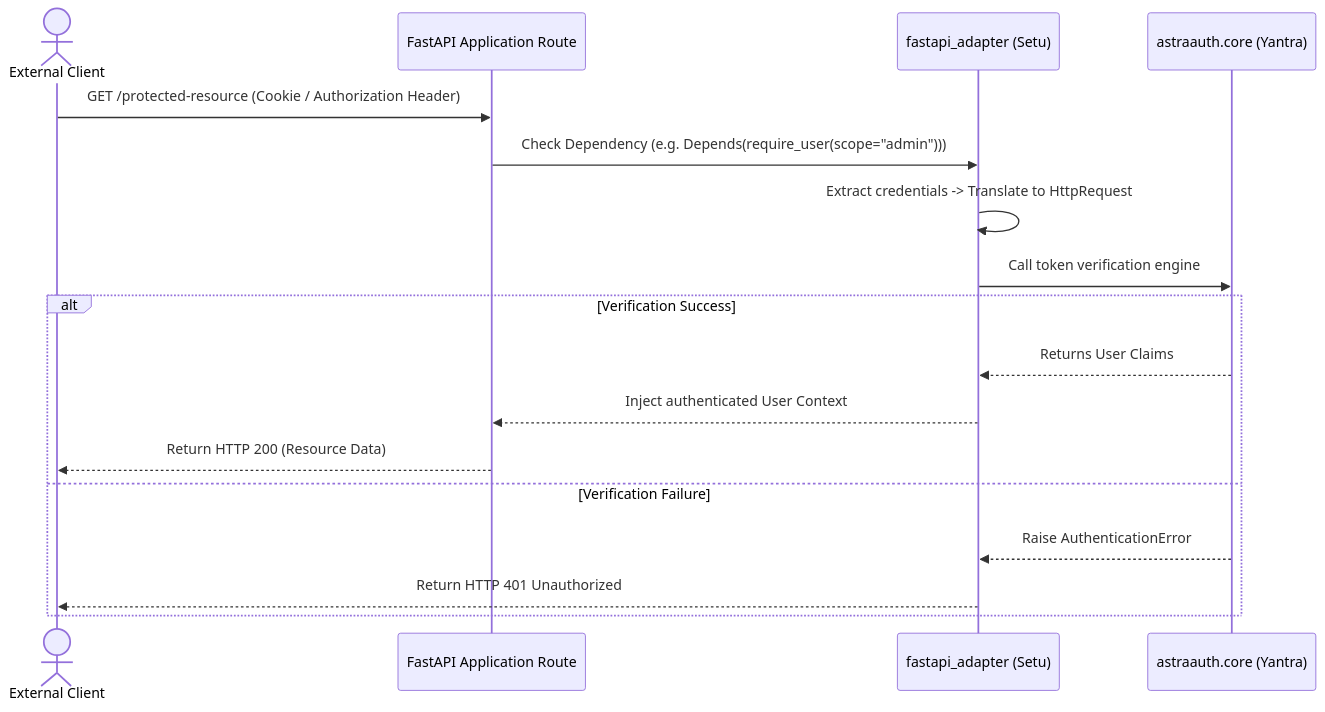
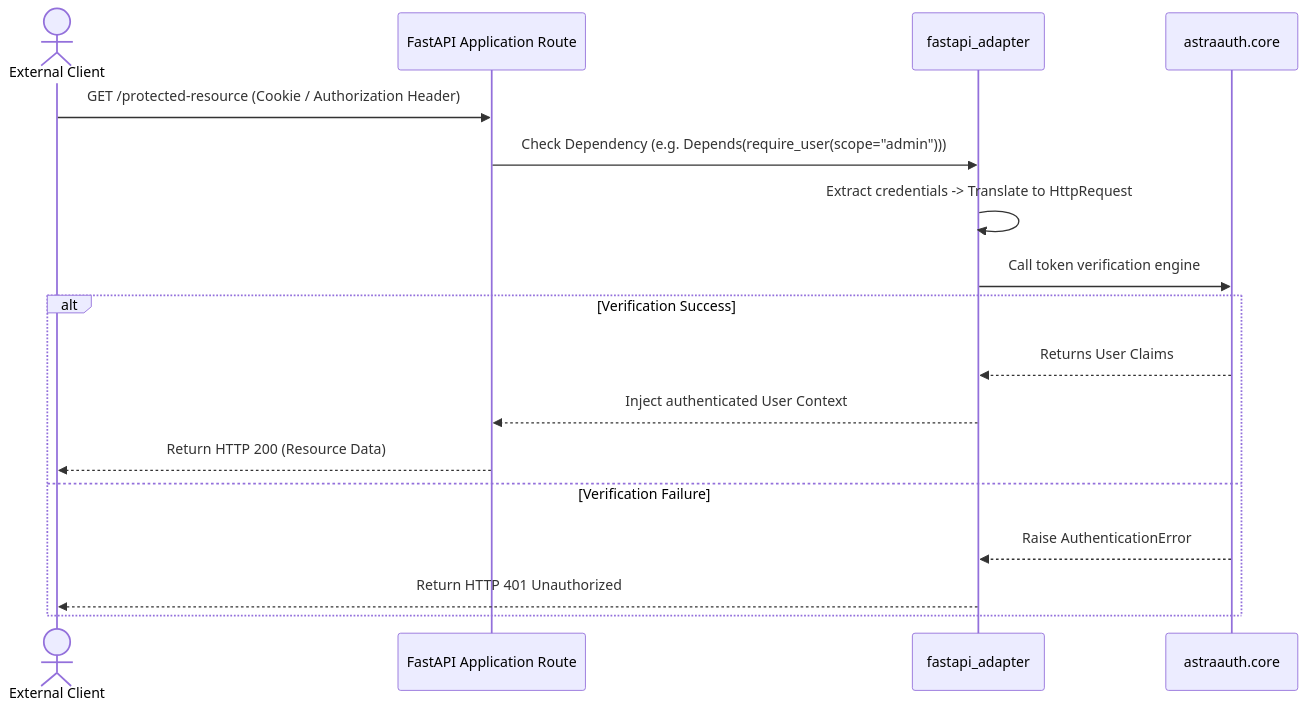
The sixth of 17 diagrams in docs/about/package_detailed_references.md (groverankur/Astra), drawn with Mermaid before and after one commit. The commit also changed other lines of this file and 59 other files, not shown here.

````diff
--- a/docs/about/package_detailed_references.md
+++ b/docs/about/package_detailed_references.md
@@ -127,21 +127,21 @@
 ```mermaid
 sequenceDiagram
     actor Client as External Client
     participant API as FastAPI Application Route
-    participant Adapter as fastapi_adapter (Setu)
-    participant Core as astraauth.core (Yantra)
+    participant Adapter as fastapi_adapter
+    participant Core as astraauth.core
 
     Client->>API: GET /protected-resource (Cookie / Authorization Header)
     API->>Adapter: Check Dependency (e.g. Depends(require_user(scope="admin")))
     Adapter->>Adapter: Extract credentials -> Translate to HttpRequest
     Adapter->>Core: Call token verification engine
     
     alt Verification Success
         Core-->>Adapter: Returns User Claims
         Adapter-->>API: Inject authenticated User Context
         API-->>Client: Return HTTP 200 (Resource Data)
     else Verification Failure
         Core-->>Adapter: Raise AuthenticationError
         Adapter-->>Client: Return HTTP 401 Unauthorized
     end
 ```
````
